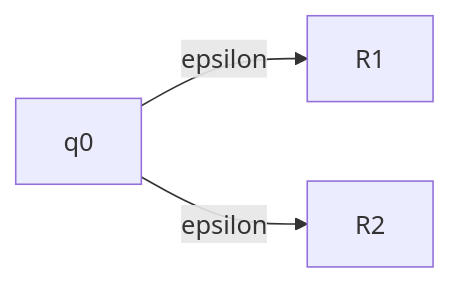
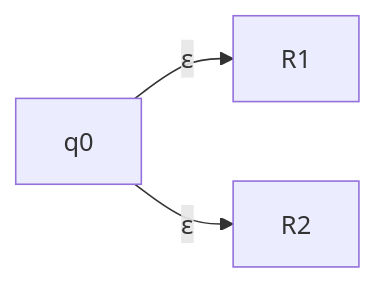
One commit to dustinnewman/CS181 changed the fourth of 6 diagrams in notes/w3d.md. Above: the diagram before and after it, drawn with Mermaid. The commit also changed other lines of this file and 1 other file, not shown here.

````diff
--- a/notes/w3d.md
+++ b/notes/w3d.md
@@ -108,5 +108,5 @@
 ```mermaid
 graph LR
-    q0--epsilon-->R1
-    q0--epsilon-->R2
+    q0--ε-->R1
+    q0--ε-->R2
 ```
````
